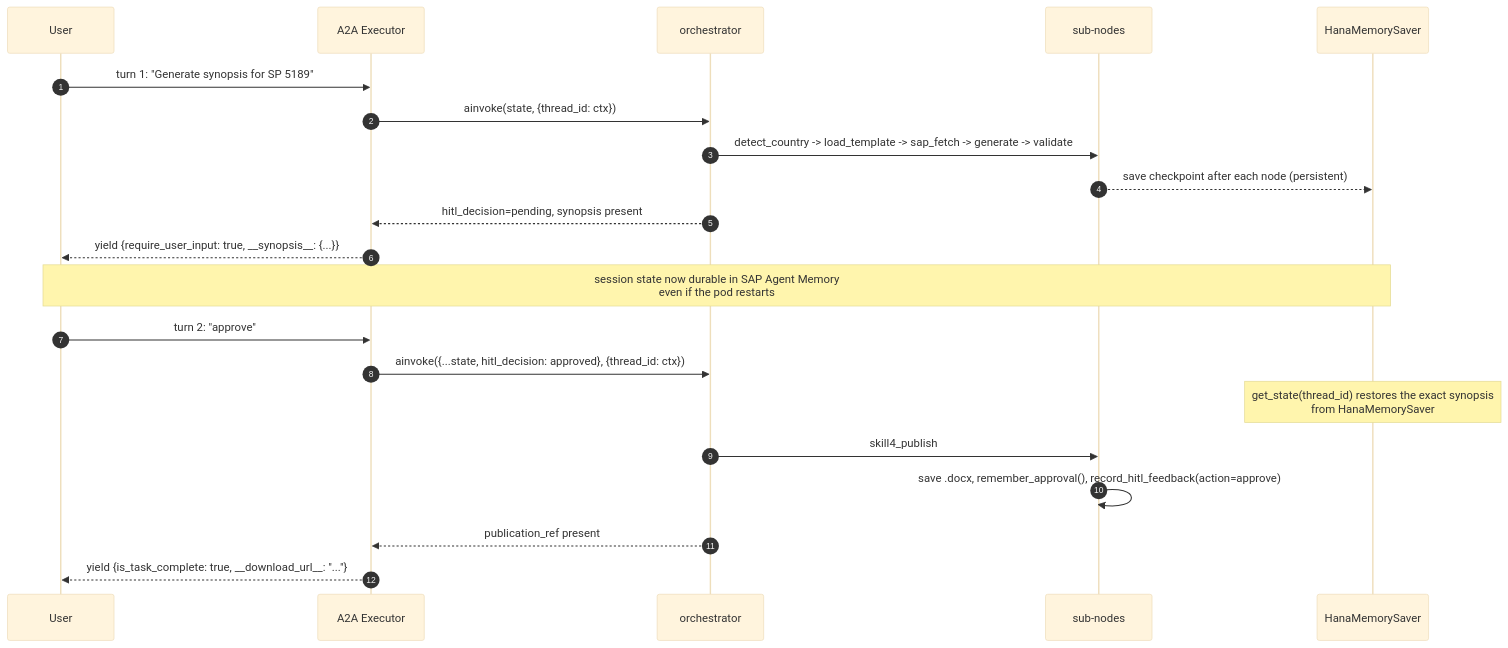
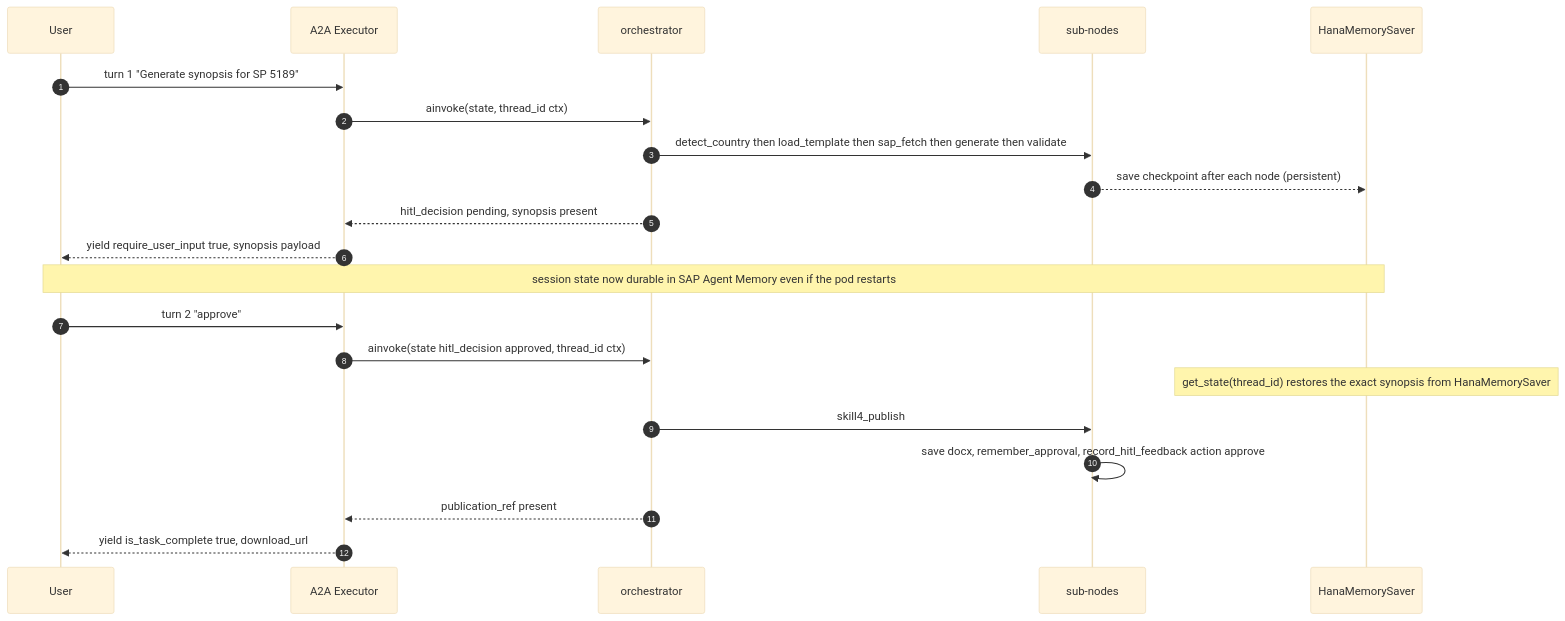
Before and after one commit to 067prabhat/Build_Beyond: the second of 2 diagrams in docs/workflow.md, drawn with Mermaid (base theme). The commit also changed other lines of this file, not shown here.

First line of the commit message:
fix(docs): Mermaid syntax errors in workflow.md

````diff
--- a/docs/workflow.md
+++ b/docs/workflow.md
@@ -109,26 +109,26 @@
 ```mermaid
 sequenceDiagram
     autonumber
     participant U as User
     participant A as A2A Executor
     participant O as orchestrator
     participant N as sub-nodes
     participant CK as HanaMemorySaver
 
-    U->>A: turn 1: "Generate synopsis for SP 5189"
-    A->>O: ainvoke(state, {thread_id: ctx})
-    O->>N: detect_country -> load_template -> sap_fetch -> generate -> validate
+    U->>A: turn 1 "Generate synopsis for SP 5189"
+    A->>O: ainvoke(state, thread_id ctx)
+    O->>N: detect_country then load_template then sap_fetch then generate then validate
     N-->>CK: save checkpoint after each node (persistent)
-    O-->>A: hitl_decision=pending, synopsis present
-    A-->>U: yield {require_user_input: true, __synopsis__: {...}}
+    O-->>A: hitl_decision pending, synopsis present
+    A-->>U: yield require_user_input true, synopsis payload
 
-    Note over U,CK: session state now durable in SAP Agent Memory<br/>even if the pod restarts
+    Note over U,CK: session state now durable in SAP Agent Memory even if the pod restarts
 
-    U->>A: turn 2: "approve"
-    A->>O: ainvoke({...state, hitl_decision: approved}, {thread_id: ctx})
-    Note over CK: get_state(thread_id) restores the exact synopsis<br/>from HanaMemorySaver
+    U->>A: turn 2 "approve"
+    A->>O: ainvoke(state hitl_decision approved, thread_id ctx)
+    Note over CK: get_state(thread_id) restores the exact synopsis from HanaMemorySaver
     O->>N: skill4_publish
-    N->>N: save .docx, remember_approval(), record_hitl_feedback(action=approve)
+    N->>N: save docx, remember_approval, record_hitl_feedback action approve
     O-->>A: publication_ref present
-    A-->>U: yield {is_task_complete: true, __download_url__: "..."}
+    A-->>U: yield is_task_complete true, download_url
 ```
````
